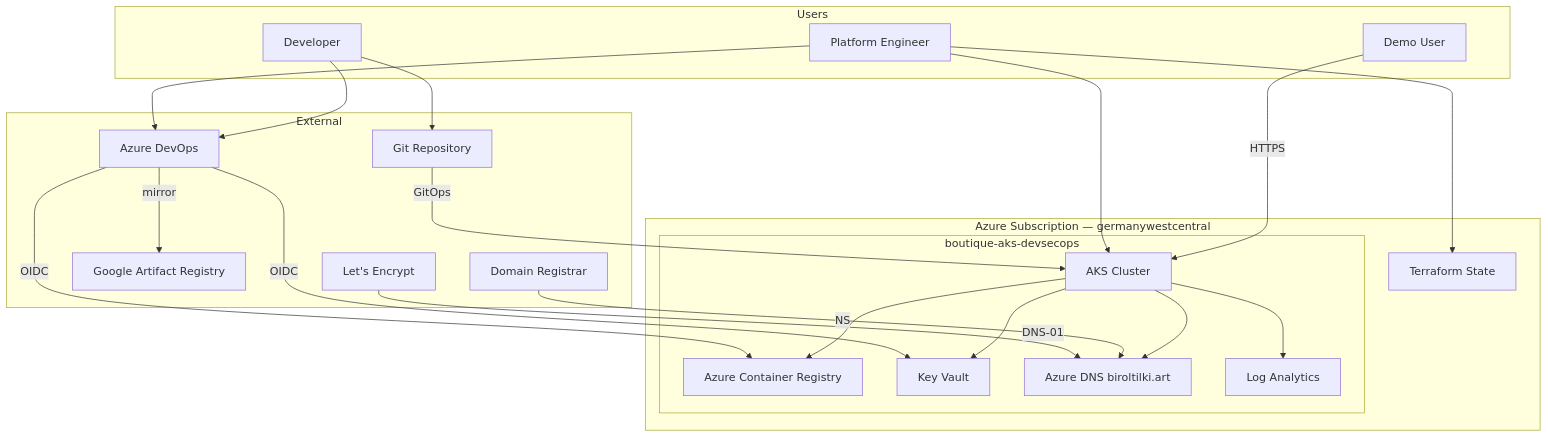
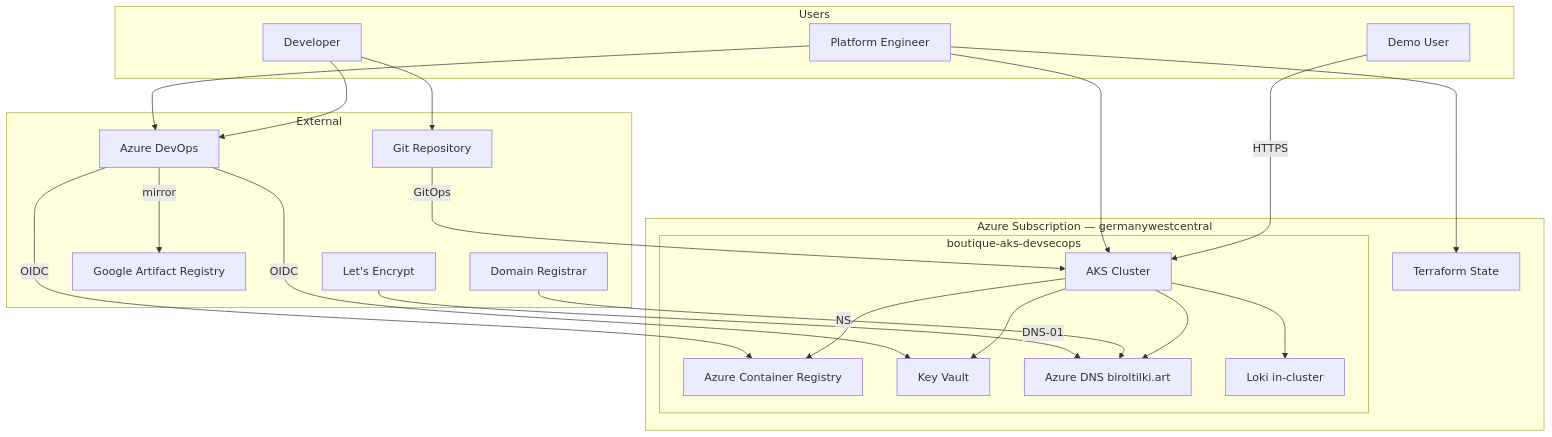
The diagram in docs/architecture/02-system-context.md (btilki/boutique-aks-devsecops), drawn with Mermaid before and after one commit. The commit also changed 54 other files, not shown here.

````diff
--- a/docs/architecture/02-system-context.md
+++ b/docs/architecture/02-system-context.md
@@ -24,44 +24,44 @@
 ```mermaid
 graph TB
     subgraph Users
         ENG[Platform Engineer]
         DEV[Developer]
         SHOP[Demo User]
     end
 
     subgraph External
         GIT[Git Repository]
         ADO[Azure DevOps]
         LE[Let's Encrypt]
         GAR[Google Artifact Registry]
         REG[Domain Registrar]
     end
 
     subgraph Azure["Azure Subscription — germanywestcentral"]
         TF[Terraform State]
         subgraph Platform["boutique-aks-devsecops"]
             AKS[AKS Cluster]
             ACR[Azure Container Registry]
             KV[Key Vault]
             DNS[Azure DNS biroltilki.art]
-            LAW[Log Analytics]
+            LOKI[Loki in-cluster]
         end
     end
 
     ENG --> TF
     ENG --> AKS
     ENG --> ADO
     DEV --> GIT
     DEV --> ADO
     ADO -->|OIDC| ACR
     ADO -->|OIDC| KV
     ADO -->|mirror| GAR
     GIT -->|GitOps| AKS
     SHOP -->|HTTPS| AKS
     LE -->|DNS-01| DNS
     REG -->|NS| DNS
     AKS --> ACR
     AKS --> KV
     AKS --> DNS
-    AKS --> LAW
+    AKS --> LOKI
 ```
````
